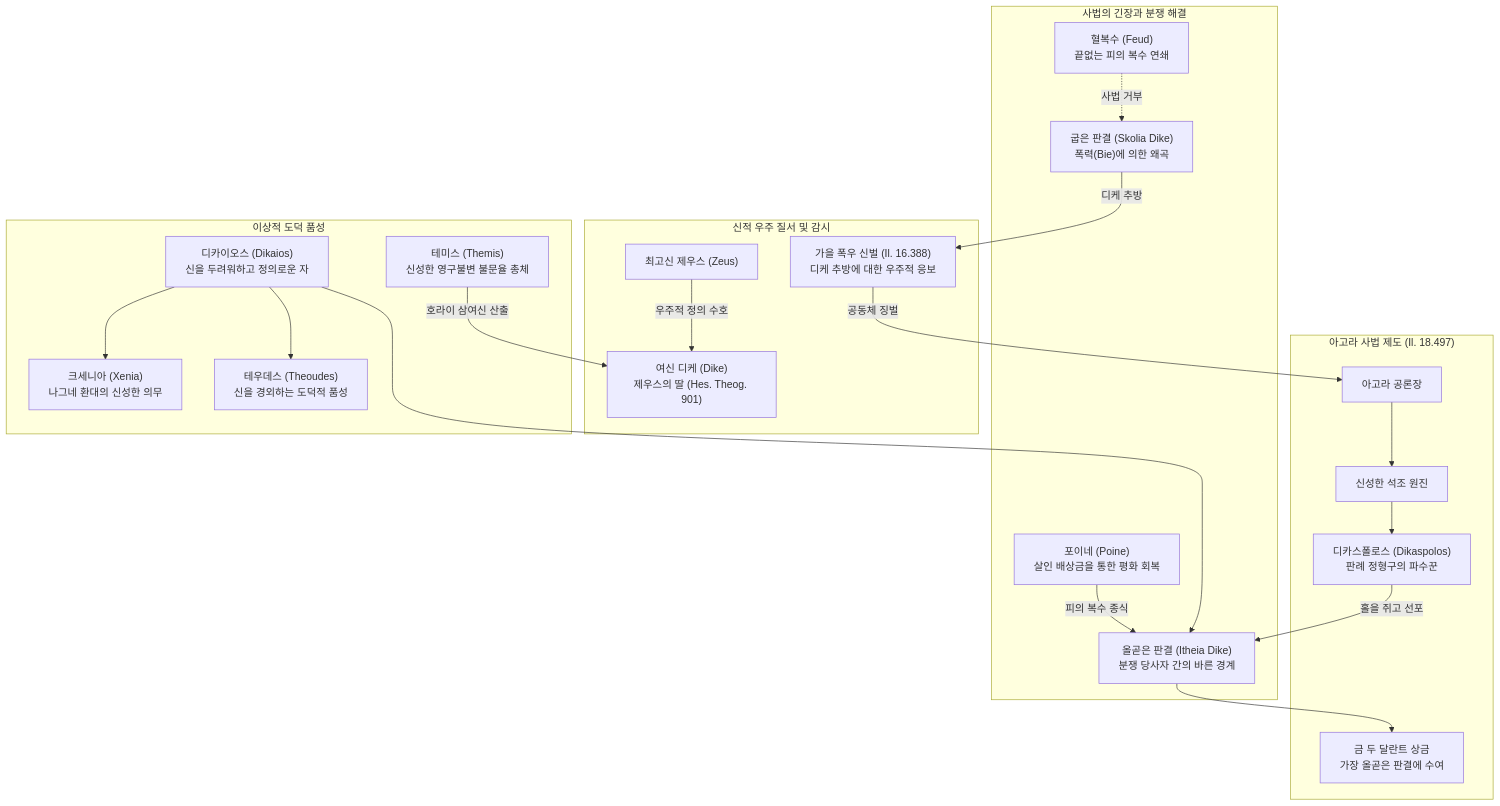
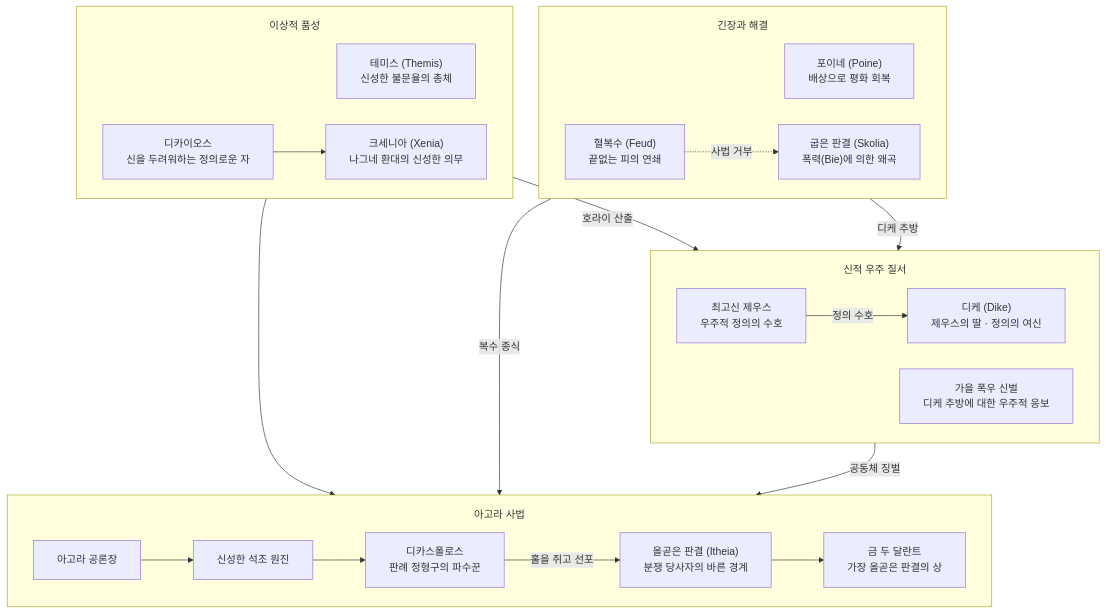
Before and after one commit to YgHnSIM/Homer_wiki: the diagram in wiki/concepts/concept-dike.md, drawn with Mermaid. The commit also changed 1 other file, not shown here.

Commit message:
refactor(concepts): concept-dike Mermaid 신규격 적용

````diff
--- a/wiki/concepts/concept-dike.md
+++ b/wiki/concepts/concept-dike.md
@@ -151,47 +151,42 @@
 ```mermaid
-graph TD
-    subgraph Divine_Justice["신적 우주 질서 및 감시"]
-        Zeus["최고신 제우스 (Zeus)"]
-        DikeGoddess["여신 디케 (Dike)<br/>제우스의 딸 (Hes. Theog. 901)"]
-        CosmicPunish["가을 폭우 신벌 (Il. 16.388)<br/>디케 추방에 대한 우주적 응보"]
+%%{init: {'flowchart': {'useMaxWidth': true, 'nodeSpacing': 40, 'rankSpacing': 56, 'padding': 18, 'subGraphTitleMargin': {'top': 18, 'bottom': 10}}}}%%
+flowchart TD
+    subgraph Divine ["신적 우주 질서"]
+        direction LR
+        Zeus["최고신 제우스<br/>우주적 정의의 수호"]
+        DikeG["디케 (Dike)<br/>제우스의 딸 · 정의의 여신"]:::focus
+        Cosmic["가을 폭우 신벌<br/>디케 추방에 대한 우주적 응보"]:::crisis
+        Zeus -->|"정의 수호"| DikeG
     end
 
-    subgraph Court_Mechanism["아고라 사법 제도 (Il. 18.497)"]
-        Agore["아고라 공론장"]
-        HierosKyklos["신성한 석조 원진"]
-        Dikaspolos["디카스폴로스 (Dikaspolos)<br/>판례 정형구의 파수꾼"]
-        GoldTalents["금 두 달란트 상금<br/>가장 올곧은 판결에 수여"]
+    subgraph Court ["아고라 사법"]
+        direction LR
+        Agore["아고라 공론장"] --> Circle["신성한 석조 원진"]
+        Circle --> Judge["디카스폴로스<br/>판례 정형구의 파수꾼"]
+        Judge -->|"홀을 쥐고 선포"| Itheia
+        Prize["금 두 달란트<br/>가장 올곧은 판결의 상"]
+        Itheia["올곧은 판결 (Itheia)<br/>분쟁 당사자의 바른 경계"]:::resolve
+        Itheia --> Prize
     end
 
-    subgraph Legal_Dialectic["사법의 긴장과 분쟁 해결"]
-        Poine["포이네 (Poine)<br/>살인 배상금을 통한 평화 회복"]
-        Feud["혈복수 (Feud)<br/>끝없는 피의 복수 연쇄"]
-        Itheia["올곧은 판결 (Itheia Dike)<br/>분쟁 당사자 간의 바른 경계"]
-        Skolia["굽은 판결 (Skolia Dike)<br/>폭력(Bie)에 의한 왜곡"]
+    subgraph Dialectic ["긴장과 해결"]
+        direction LR
+        Poine["포이네 (Poine)<br/>배상으로 평화 회복"]:::resolve
+        Feud["혈복수 (Feud)<br/>끝없는 피의 연쇄"]:::crisis
+        Skolia["굽은 판결 (Skolia)<br/>폭력(Bie)에 의한 왜곡"]:::crisis
+        Poine -->|"복수 종식"| Itheia
+        Feud -.->|"사법 거부"| Skolia
+        Skolia -->|"디케 추방"| Cosmic
+        Cosmic -->|"공동체 징벌"| Agore
     end
 
-    subgraph Moral_Virtues["이상적 도덕 품성"]
-        Themis["테미스 (Themis)<br/>신성한 영구불변 불문율 총체"]
+    subgraph Virtues ["이상적 품성"]
+        direction LR
+        Themis["테미스 (Themis)<br/>신성한 불문율의 총체"]
         Xenia["크세니아 (Xenia)<br/>나그네 환대의 신성한 의무"]
-        Dikaios["디카이오스 (Dikaios)<br/>신을 두려워하고 정의로운 자"]
-        Theoudes["테우데스 (Theoudes)<br/>신을 경외하는 도덕적 품성"]
+        Dikaios["디카이오스<br/>신을 두려워하는 정의로운 자"]:::resolve
+        Themis -->|"호라이 산출"| DikeG
+        Dikaios --> Xenia
+        Dikaios --> Itheia
     end
-
-    Zeus -->|"우주적 정의 수호"| DikeGoddess
-    Themis -->|"호라이 삼여신 산출"| DikeGoddess
-    
-    Agore --> HierosKyklos
-    HierosKyklos --> Dikaspolos
-    Dikaspolos -->|"홀을 쥐고 선포"| Itheia
-    Itheia --> GoldTalents
-    
-    Poine -->|"피의 복수 종식"| Itheia
-    Feud -.->|"사법 거부"| Skolia
-    
-    Skolia -->|"디케 추방"| CosmicPunish
-    CosmicPunish -->|"공동체 징벌"| Agore
-    
-    Dikaios --> Xenia
-    Dikaios --> Theoudes
-    Dikaios --> Itheia
 ```
````
